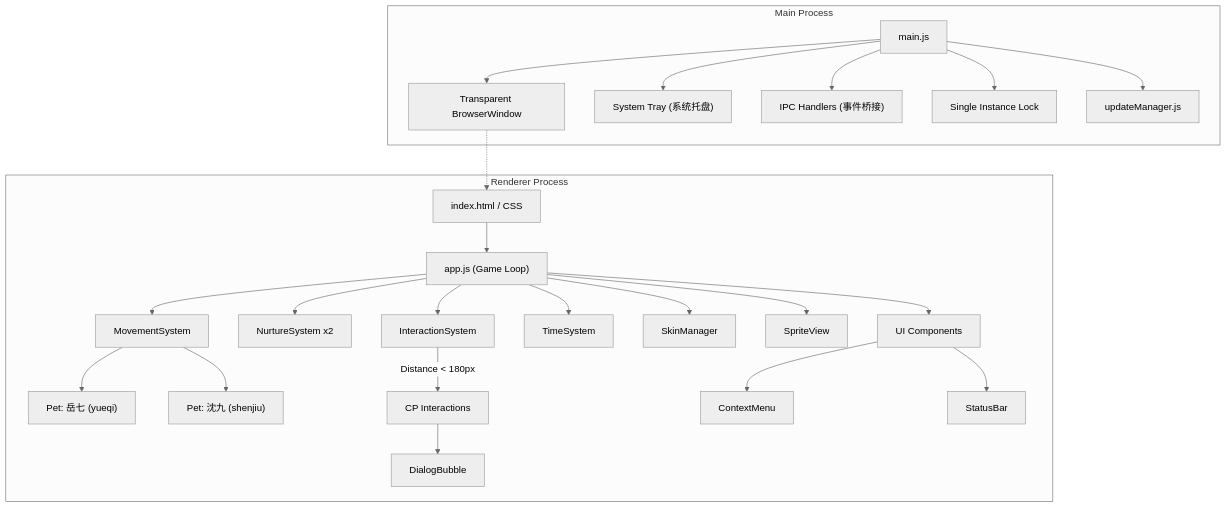
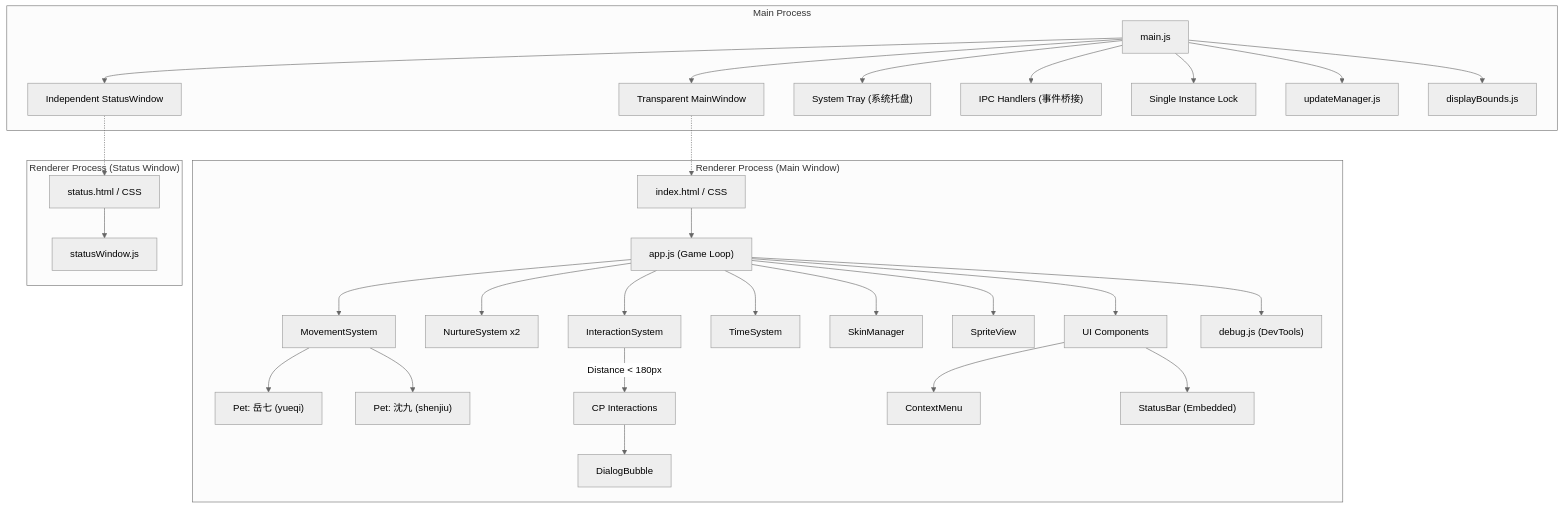
Before and after one commit to HuihuiDreams/qijiu-desktop-pet: the diagram in docs/structure.md, drawn with Mermaid (neutral theme). The commit also changed other lines of this file and 16 other files, not shown here.

Commit message:
docs: update structure.md and fix mermaid syntax

````diff
--- a/docs/structure.md
+++ b/docs/structure.md
@@ -9,33 +9,42 @@
 ```mermaid
 graph TB
-    subgraph Main Process
-        Main["main.js"] --> Window["Transparent BrowserWindow"]
+    subgraph "Main Process"
+        Main["main.js"] --> Window["Transparent MainWindow"]
+        Main --> StatusWin["Independent StatusWindow"]
         Main --> Tray["System Tray (系统托盘)"]
         Main --> IPC["IPC Handlers (事件桥接)"]
         Main --> Lock["Single Instance Lock"]
         Main --> Update["updateManager.js"]
+        Main --> DBounds["displayBounds.js"]
     end
     
-    subgraph Renderer Process
+    subgraph "Renderer Process (Main Window)"
         HTML["index.html / CSS"] --> App["app.js (Game Loop)"]
         
         App --> Move["MovementSystem"]
         App --> Nurture["NurtureSystem x2"]
         App --> Interact["InteractionSystem"]
         App --> Time["TimeSystem"]
         App --> Skin["SkinManager"]
         App --> Sprite["SpriteView"]
         
         Move --> YQ["Pet: 岳七 (yueqi)"]
         Move --> SJ["Pet: 沈九 (shenjiu)"]
         
         Interact -->|Distance < 180px| Events["CP Interactions"]
         Events --> Bubble["DialogBubble"]
         
         App --> UI["UI Components"]
         UI --> Menu["ContextMenu"]
-        UI --> Status["StatusBar"]
+        UI --> StatusBar["StatusBar (Embedded)"]
+        
+        App --> Debug["debug.js (DevTools)"]
+    end
+
+    subgraph "Renderer Process (Status Window)"
+        SHTML["status.html / CSS"] --> SApp["statusWindow.js"]
     end
 
     Window -.-> HTML
+    StatusWin -.-> SHTML
 ```
````
